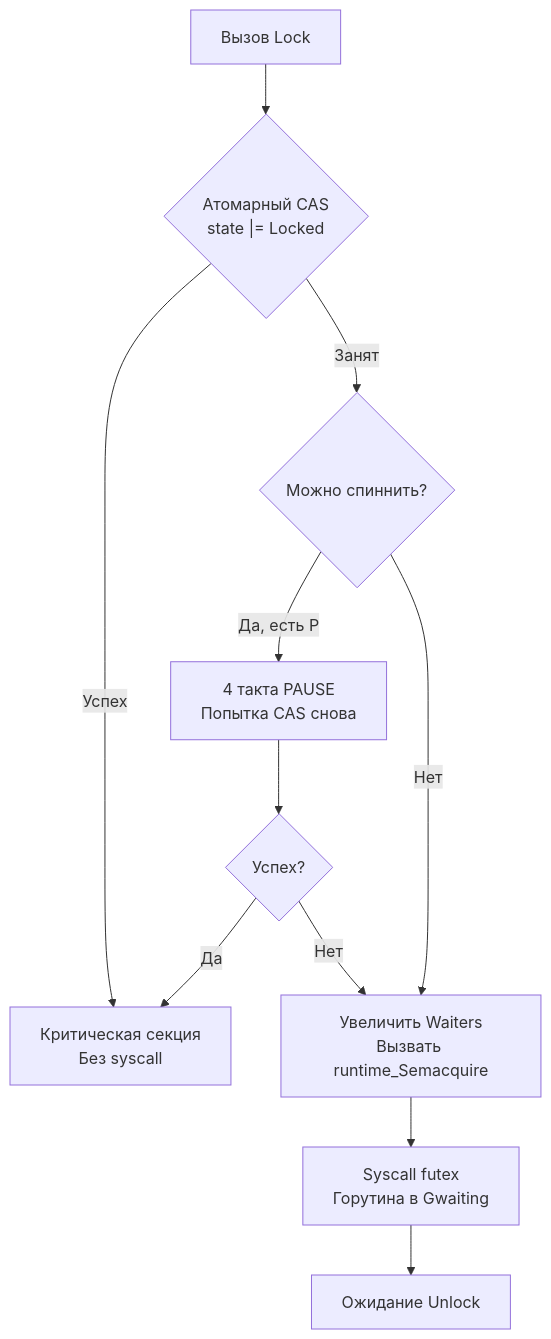
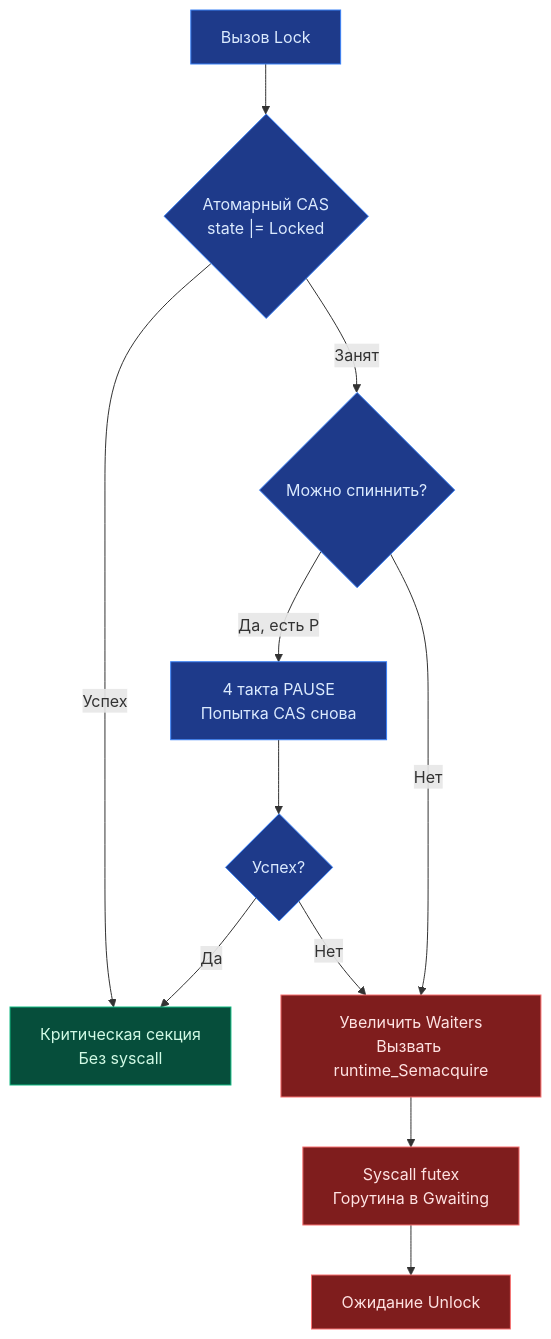
Before and after one commit to UnrealTemplier/go-textbook: the diagram in sources/6. Стандартная библиотека Go/19. sync. Mutex, RWMutex, WaitGroup, Once.md, drawn with Mermaid. The commit also changed other lines of this file, not shown here.

````diff
--- a/sources/6. Стандартная библиотека Go/19. sync. Mutex, RWMutex, WaitGroup, Once.md
+++ b/sources/6. Стандартная библиотека Go/19. sync. Mutex, RWMutex, WaitGroup, Once.md
@@ -24,13 +29,21 @@
 ```mermaid
 flowchart TD
     A["Вызов Lock"] --> B{"Атомарный CAS<br>state |= Locked"}
     B -->|Успех| C["Критическая секция<br>Без syscall"]
     B -->|Занят| D{"Можно спиннить?"}
     D -->|Да, есть P| E["4 такта PAUSE<br>Попытка CAS снова"]
     E --> F{"Успех?"}
     F -->|Да| C
     F -->|Нет| G["Увеличить Waiters<br>Вызвать runtime_Semacquire"]
     D -->|Нет| G
     G --> H["Syscall futex<br>Горутина в Gwaiting"]
     H --> I["Ожидание Unlock"]
+
+    classDef fast fill:#064e3b,stroke:#10b981,color:#d1fae5;
+    classDef check fill:#1e3a8a,stroke:#3b82f6,color:#dbeafe;
+    classDef slow fill:#7f1d1d,stroke:#f87171,color:#fee2e2;
+
+    class C fast;
+    class A,B,D,E,F check;
+    class G,H,I slow;
 ```
````
